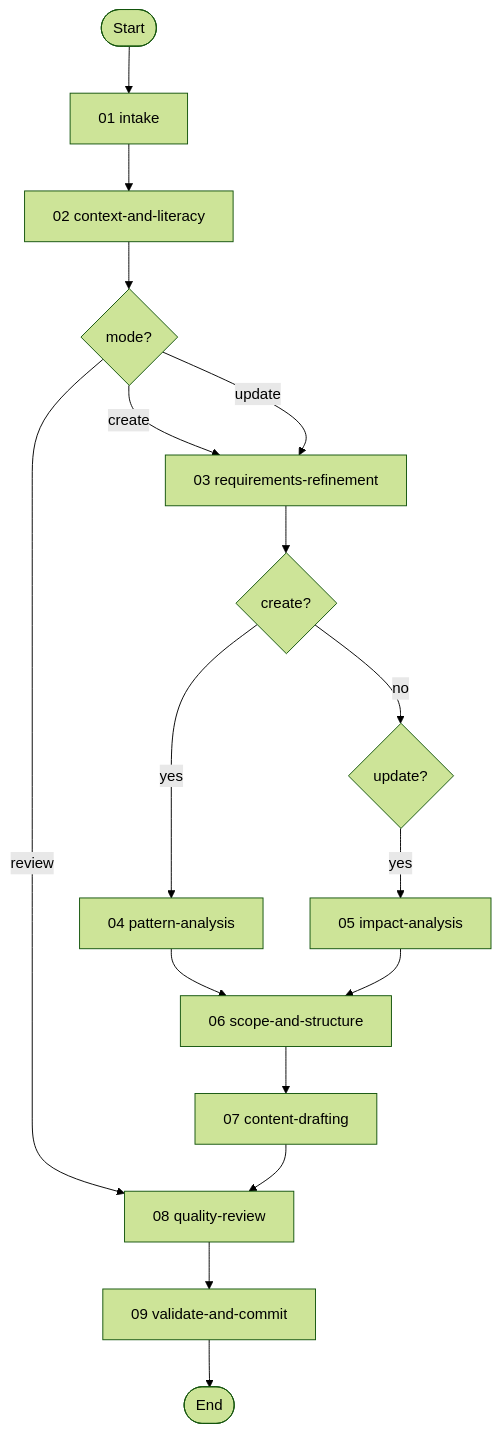
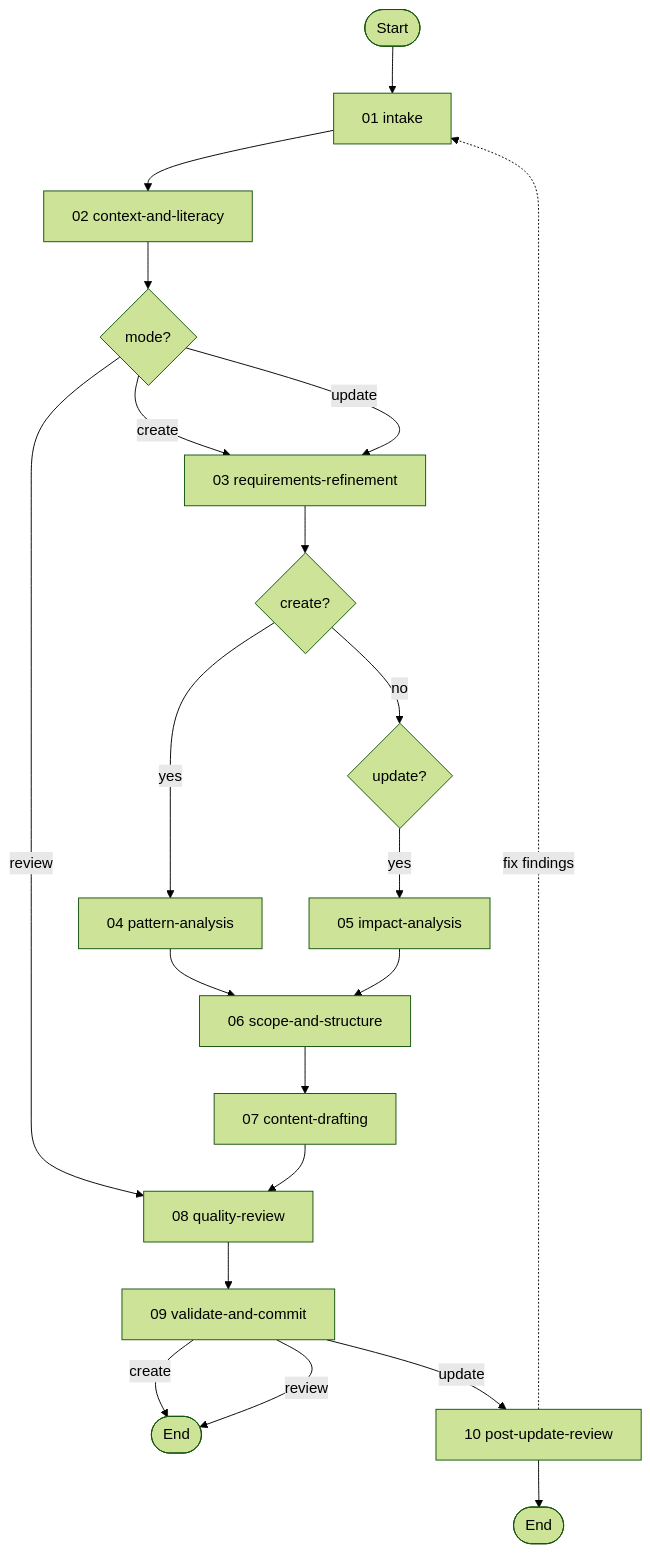
Before and after one commit to m2ux/workflow-server: the diagram in workflow-design/README.md, drawn with Mermaid (forest theme). The commit also changed other lines of this file and 3 other files, not shown here.

First line of the commit message:
feat(workflow-design): add post-update review activity

````diff
--- a/workflow-design/README.md
+++ b/workflow-design/README.md
@@ -43,24 +44,29 @@
 ```mermaid
 graph TD
     startNode(["Start"]) --> INT["01 intake"]
     INT --> CTX["02 context-and-literacy"]
 
     CTX --> MODE{"mode?"}
     MODE -->|"create"| REQ["03 requirements-refinement"]
     MODE -->|"update"| REQ
     MODE -->|"review"| QR
 
     REQ --> CREATE{"create?"}
     CREATE -->|"yes"| PAT["04 pattern-analysis"]
     CREATE -->|"no"| UPD{"update?"}
     UPD -->|"yes"| IMP["05 impact-analysis"]
 
     PAT --> SCS["06 scope-and-structure"]
     IMP --> SCS
 
     SCS --> DRF["07 content-drafting"]
     DRF --> QR["08 quality-review"]
 
     QR --> VAL["09 validate-and-commit"]
-    VAL --> doneNode(["End"])
+
+    VAL -->|"create"| doneNode(["End"])
+    VAL -->|"review"| doneNode
+    VAL -->|"update"| PUR["10 post-update-review"]
+    PUR --> doneNode2(["End"])
+    PUR -.->|"fix findings"| INT
 ```
````
